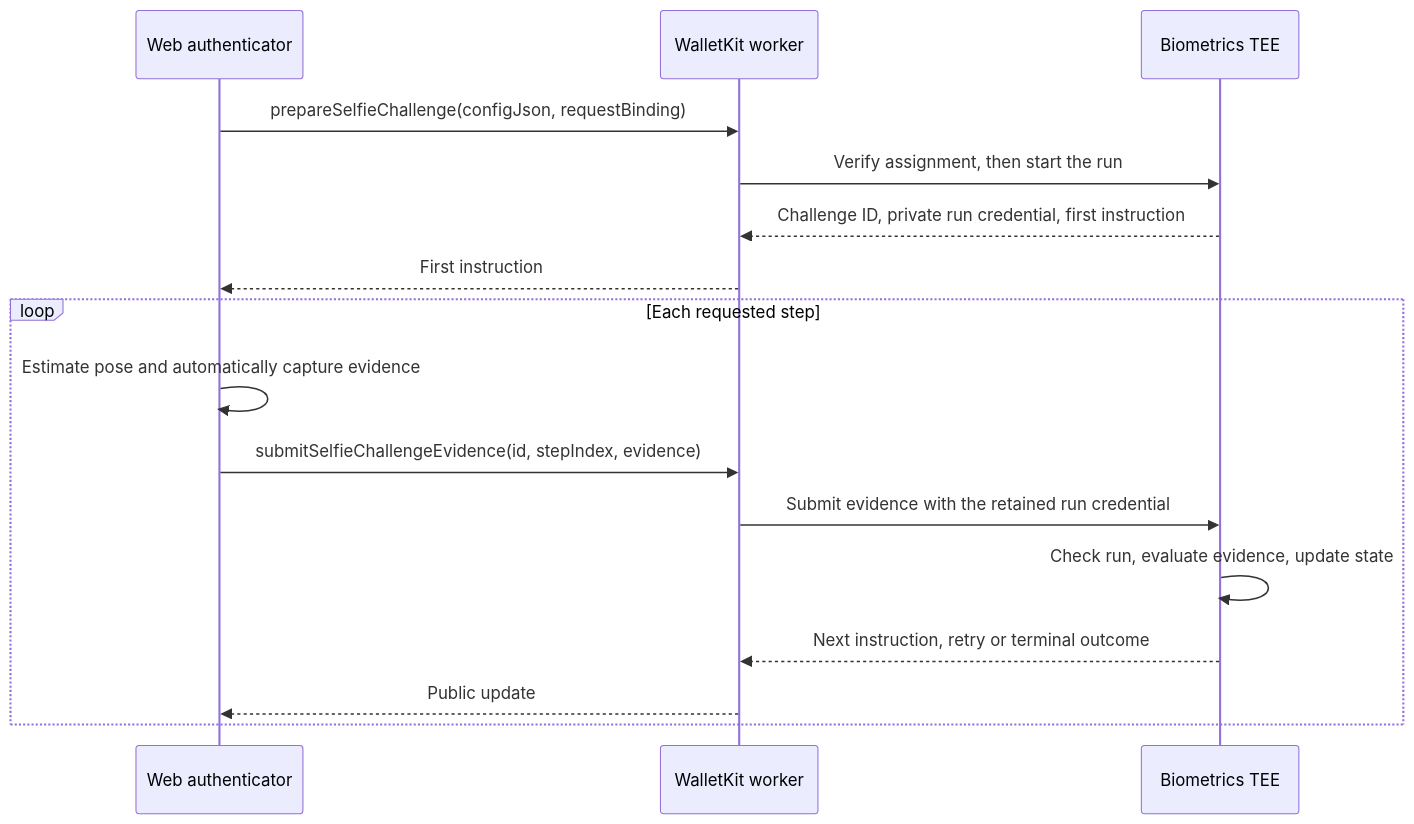
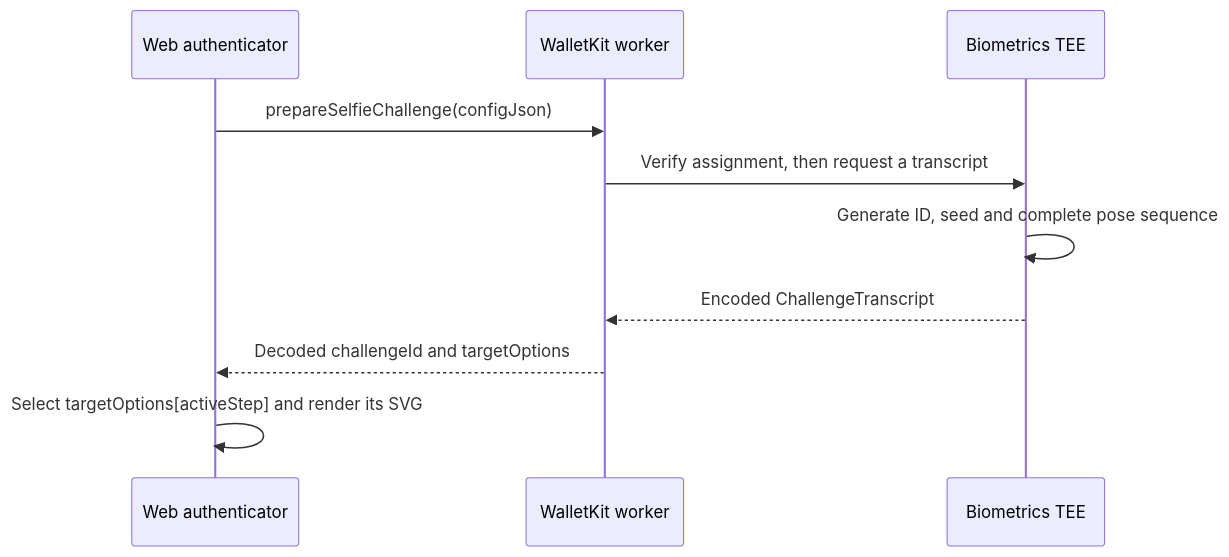
One commit to worldcoin/walletkit changed the second of 2 diagrams in docs/web/architecture.md. Above: the diagram before and after it, drawn with Mermaid. The commit also changed other lines of this file, not shown here.

Commit message:
docs(web): narrow challenge API to transcript generation

````diff
--- a/docs/web/architecture.md
+++ b/docs/web/architecture.md
@@ -197,18 +182,12 @@
 ```mermaid
 sequenceDiagram
   participant App as Web authenticator
   participant WK as WalletKit worker
   participant TEE as Biometrics TEE
-  App->>WK: prepareSelfieChallenge(configJson, requestBinding)
-  WK->>TEE: Verify assignment, then start the run
-  TEE-->>WK: Challenge ID, private run credential, first instruction
-  WK-->>App: First instruction
-  loop Each requested step
-    App->>App: Estimate pose and automatically capture evidence
-    App->>WK: submitSelfieChallengeEvidence(id, stepIndex, evidence)
-    WK->>TEE: Submit evidence with the retained run credential
-    TEE->>TEE: Check run, evaluate evidence, update state
-    TEE-->>WK: Next instruction, retry or terminal outcome
-    WK-->>App: Public update
-  end
+  App->>WK: prepareSelfieChallenge(configJson)
+  WK->>TEE: Verify assignment, then request a transcript
+  TEE->>TEE: Generate ID, seed and complete pose sequence
+  TEE-->>WK: Encoded ChallengeTranscript
+  WK-->>App: Decoded challengeId and targetOptions
+  App->>App: Select targetOptions[activeStep] and render its SVG
 ```
````
